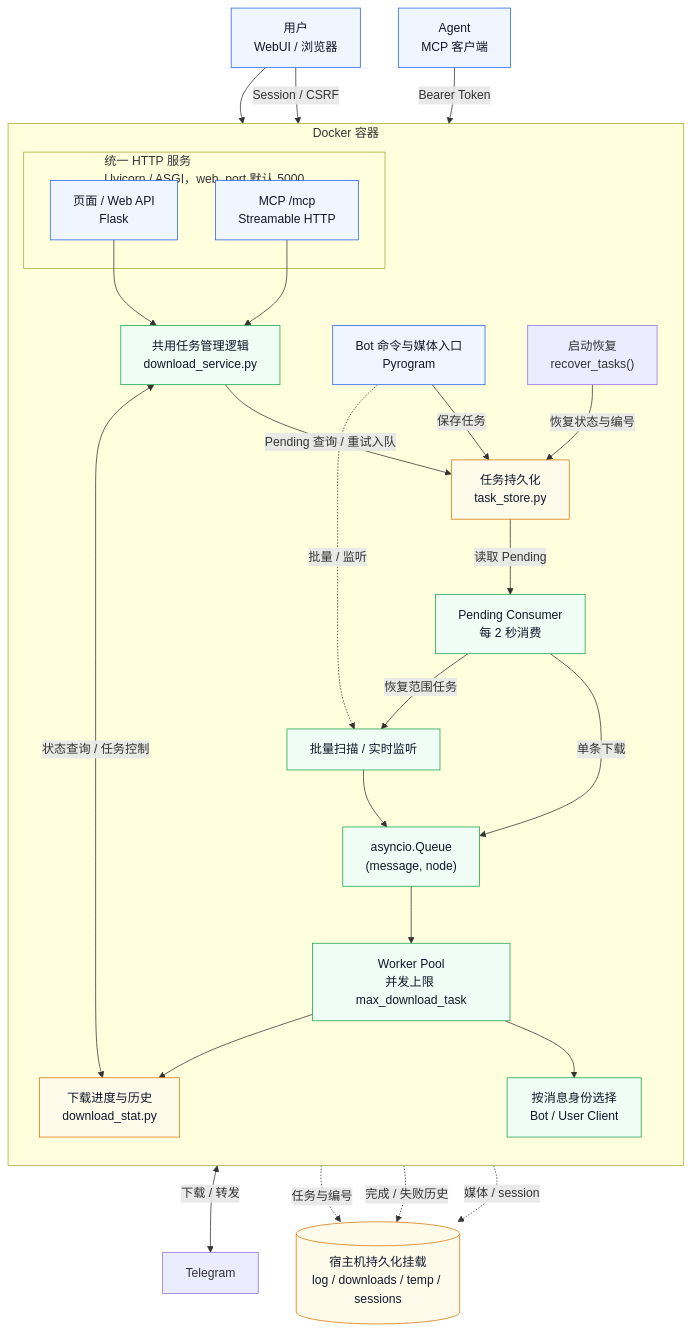
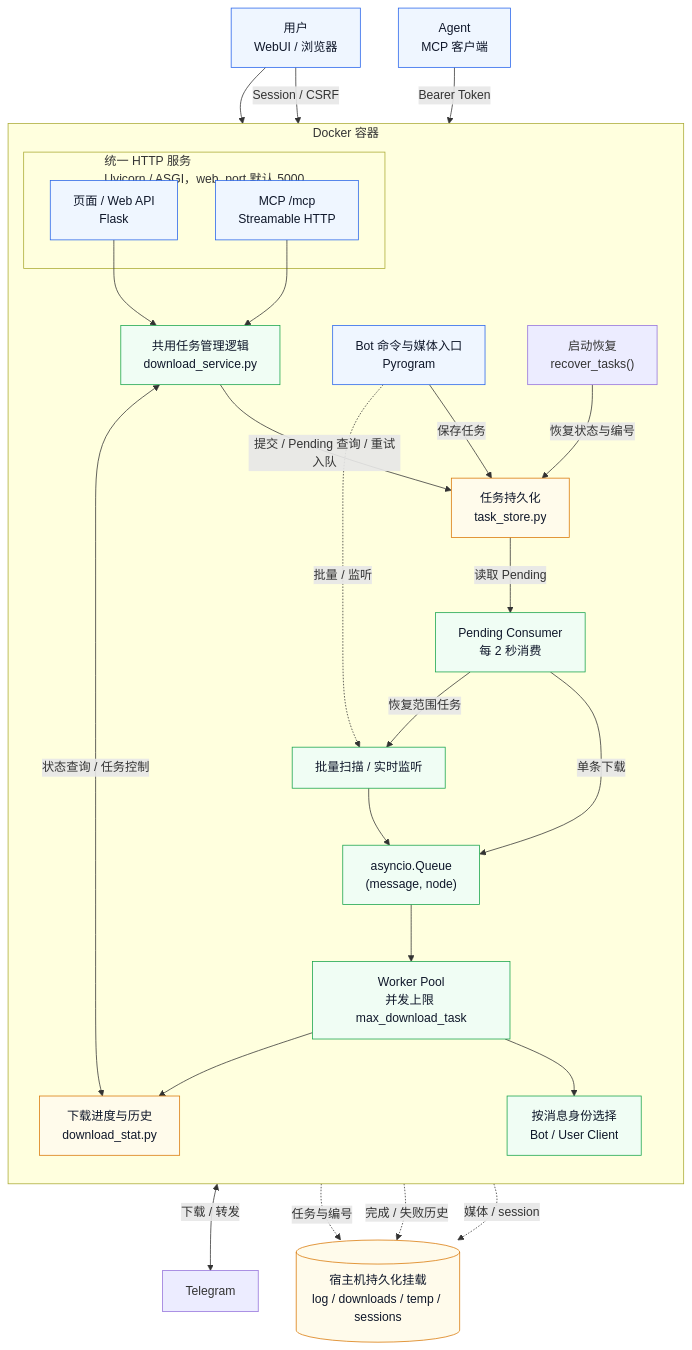
One commit to smilekevin/TGPorter changed the first of 4 diagrams in README.md. Above: the diagram before and after it, drawn with Mermaid. The commit also changed other lines of this file and 11 other files, not shown here.

````diff
--- a/README.md
+++ b/README.md
@@ -202,55 +202,55 @@
 ```mermaid
 flowchart TB
     User["用户<br/>WebUI / 浏览器"]
     Agent["Agent<br/>MCP 客户端"]
     Telegram["Telegram"]
 
     subgraph Container["Docker 容器"]
         direction TB
         Bot["Bot 命令与媒体入口<br/>Pyrogram"]
         subgraph HTTP["统一 HTTP 服务<br/>Uvicorn / ASGI，web_port 默认 5000"]
             API["页面 / Web API<br/>Flask"]
             MCP["MCP /mcp<br/>Streamable HTTP"]
         end
         Service["共用任务管理逻辑<br/>download_service.py"]
         Store["任务持久化<br/>task_store.py"]
         Recovery["启动恢复<br/>recover_tasks()"]
         Consumer["Pending Consumer<br/>每 2 秒消费"]
         Scan["批量扫描 / 实时监听"]
         Queue["asyncio.Queue<br/>(message, node)"]
         Workers["Worker Pool<br/>并发上限 max_download_task"]
         Clients["按消息身份选择<br/>Bot / User Client"]
         Stats["下载进度与历史<br/>download_stat.py"]
     end
 
     Data[("宿主机持久化挂载<br/>log / downloads / temp / sessions")]
 
     User --> Bot
     User -->|Session / CSRF| API
     Agent -->|Bearer Token| MCP
     API --> Service
     MCP --> Service
     Bot -->|保存任务| Store
-    Service -->|Pending 查询 / 重试入队| Store
+    Service -->|提交 / Pending 查询 / 重试入队| Store
     Service <-->|状态查询 / 任务控制| Stats
     Recovery -->|恢复状态与编号| Store
     Store -->|读取 Pending| Consumer
     Consumer -->|单条下载| Queue
     Consumer -->|恢复范围任务| Scan
     Bot -.->|批量 / 监听| Scan
     Scan --> Queue
     Queue --> Workers
     Workers --> Clients
     Clients <-->|下载 / 转发| Telegram
     Workers --> Stats
     Store -.->|任务与编号| Data
     Stats -.->|完成 / 失败历史| Data
     Clients -.->|媒体 / session| Data
 
     classDef entry fill:#eff6ff,stroke:#2563eb,color:#0f172a
     classDef pipeline fill:#f0fdf4,stroke:#16a34a,color:#0f172a
     classDef storage fill:#fffbeb,stroke:#d97706,color:#0f172a
     class User,Bot,API,Agent,MCP entry
     class Service,Consumer,Scan,Queue,Workers,Clients pipeline
     class Store,Stats,Data storage
 ```
````
